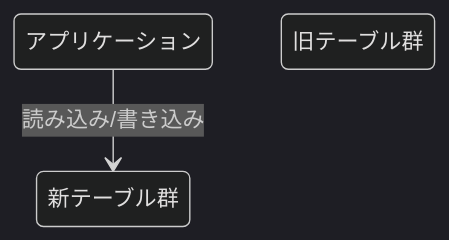
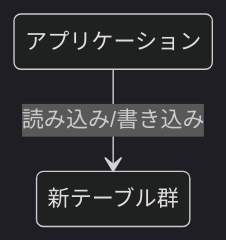
One commit to gn-t-k/zenn-content changed diagram 11 of 12 in articles/abceef00258275.md. Above: the diagram before and after it, drawn with Mermaid (dark theme). The commit also changed other lines of this file, not shown here.

Commit message:
er図を追加

````diff
--- a/articles/abceef00258275.md
+++ b/articles/abceef00258275.md
@@ -198,8 +346,7 @@
 ```mermaid
 stateDiagram-v2
     app: アプリケーション
-    old: 旧テーブル群
     new: 新テーブル群
 
     app --> new: 読み込み/書き込み
 ```
````
